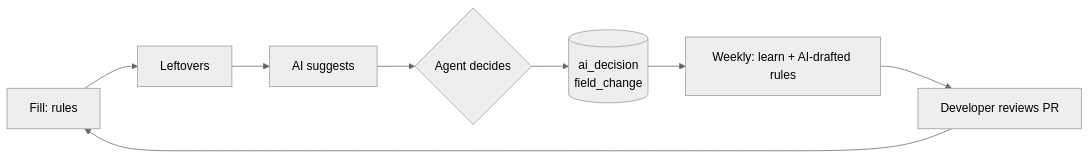
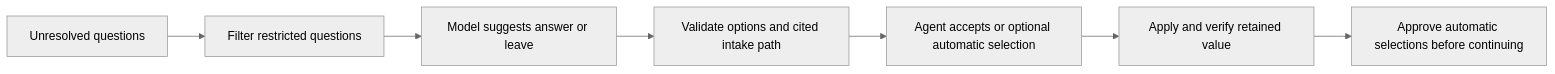
The diagram in docs/ai-assistant.md (lutfikeskin/tni-rater-autofill), drawn with Mermaid (neutral theme) before and after one commit. The commit also changed other lines of this file and 14 other files, not shown here.

````diff
--- a/docs/ai-assistant.md
+++ b/docs/ai-assistant.md
@@ -157,10 +11,9 @@
 ```mermaid
 flowchart LR
-  F[Fill: rules] --> L[Leftovers]
-  L --> AI[AI suggests]
-  AI --> D{Agent decides}
-  D --> LOG[(ai_decision<br/>field_change)]
-  LOG --> LR[Weekly: learn + AI-drafted rules]
-  LR --> RV[Developer reviews PR]
-  RV --> F
+    A[Unresolved questions] --> B[Filter restricted questions]
+    B --> C[Model suggests answer or leave]
+    C --> D[Validate options and cited intake path]
+    D --> E[Agent accepts or optional automatic selection]
+    E --> F[Apply and verify retained value]
+    F --> G[Approve automatic selections before continuing]
 ```
````
